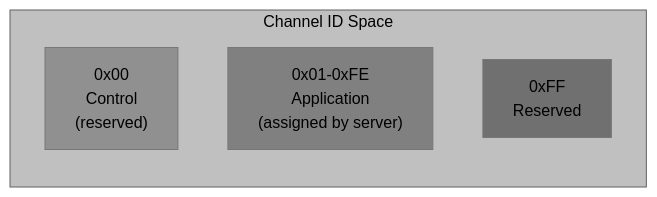
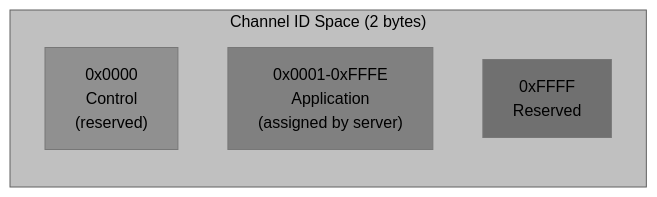
Before and after one commit to deftai/xumux: the eighth of 16 diagrams in README.md, drawn with Mermaid. The commit also changed other lines of this file and 6 other files, not shown here.

````diff
--- a/README.md
+++ b/README.md
@@ -387,13 +386,13 @@
 ```mermaid
 %%{init: {'theme': 'base', 'themeVariables': {'primaryTextColor': '#000000', 'secondaryTextColor': '#000000', 'tertiaryTextColor': '#000000', 'noteTextColor': '#000000', 'primaryColor': '#909090', 'secondaryColor': '#808080', 'tertiaryColor': '#707070', 'lineColor': '#404040', 'clusterBkg': '#c0c0c0', 'clusterBorder': '#606060'}}}%%
 graph LR
-    subgraph "Channel ID Space"
-        C0["0x00<br/>Control<br/>(reserved)"]
-        C1["0x01-0xFE<br/>Application<br/>(assigned by server)"]
-        C2["0xFF<br/>Reserved"]
+    subgraph "Channel ID Space (2 bytes)"
+        C0["0x0000<br/>Control<br/>(reserved)"]
+        C1["0x0001-0xFFFE<br/>Application<br/>(assigned by server)"]
+        C2["0xFFFF<br/>Reserved"]
     end
 
     style C0 fill:#909090,color:#000000
     style C1 fill:#808080,color:#000000
     style C2 fill:#707070,color:#000000
 ```
````
